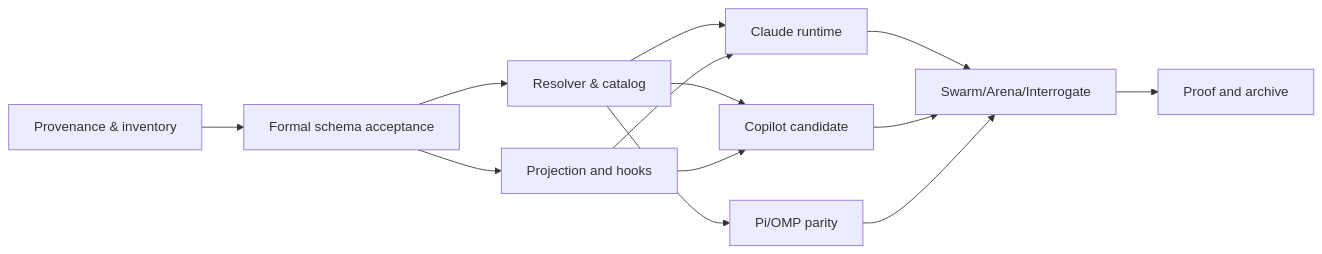
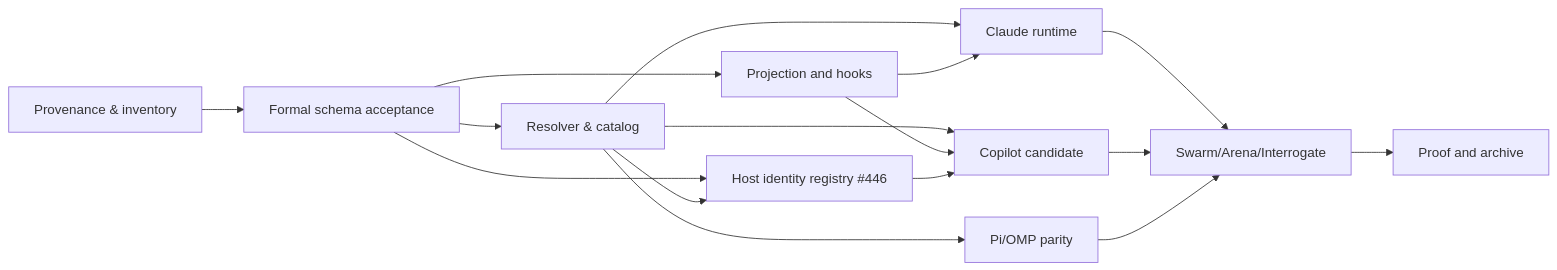
One commit to tommy-ca/pstack changed the diagram in openspec/changes/2026-10-15-harness-neutral-role-policy/tasks.md. Above: the diagram before and after it, drawn with Mermaid. The commit also changed other lines of this file, not shown here.

Commit message:
docs(spec): bind #446 registry edge and #439/#445 deps in tasks graph

````diff
--- a/openspec/changes/2026-10-15-harness-neutral-role-policy/tasks.md
+++ b/openspec/changes/2026-10-15-harness-neutral-role-policy/tasks.md
@@ -17,15 +17,18 @@
 ```mermaid
 flowchart LR
   G0[Provenance & inventory] --> G1[Formal schema acceptance]
   G1 --> G2[Resolver & catalog]
   G1 --> G3[Projection and hooks]
+  G1 --> G3b[Host identity registry #446]
+  G2 --> G3b
   G2 --> G4[Claude runtime]
   G3 --> G4
   G2 --> G5[Copilot candidate]
   G3 --> G5
+  G3b --> G5
   G2 --> G6[Pi/OMP parity]
   G4 --> G7[Swarm/Arena/Interrogate]
   G5 --> G7
   G6 --> G7
   G7 --> G8[Proof and archive]
 ```
````
